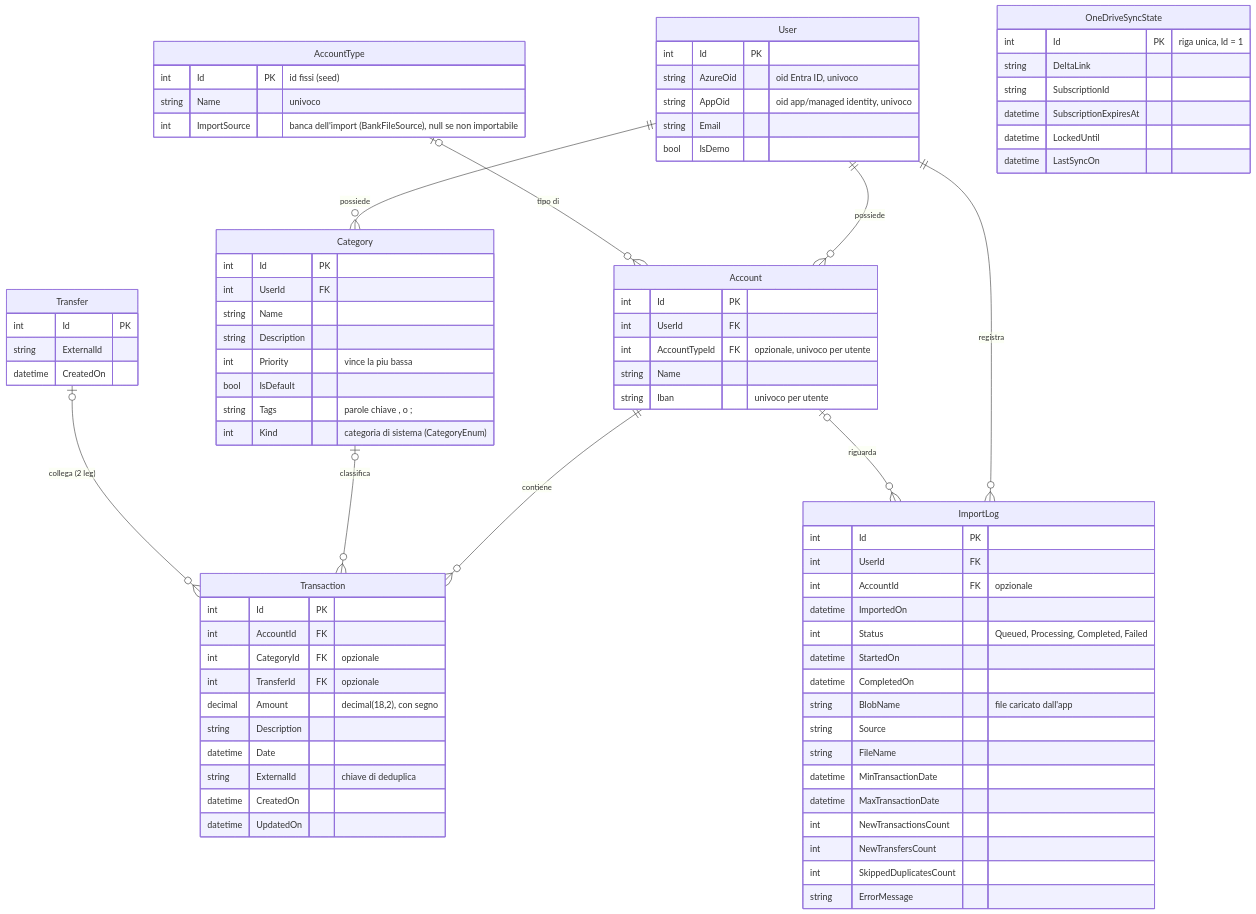
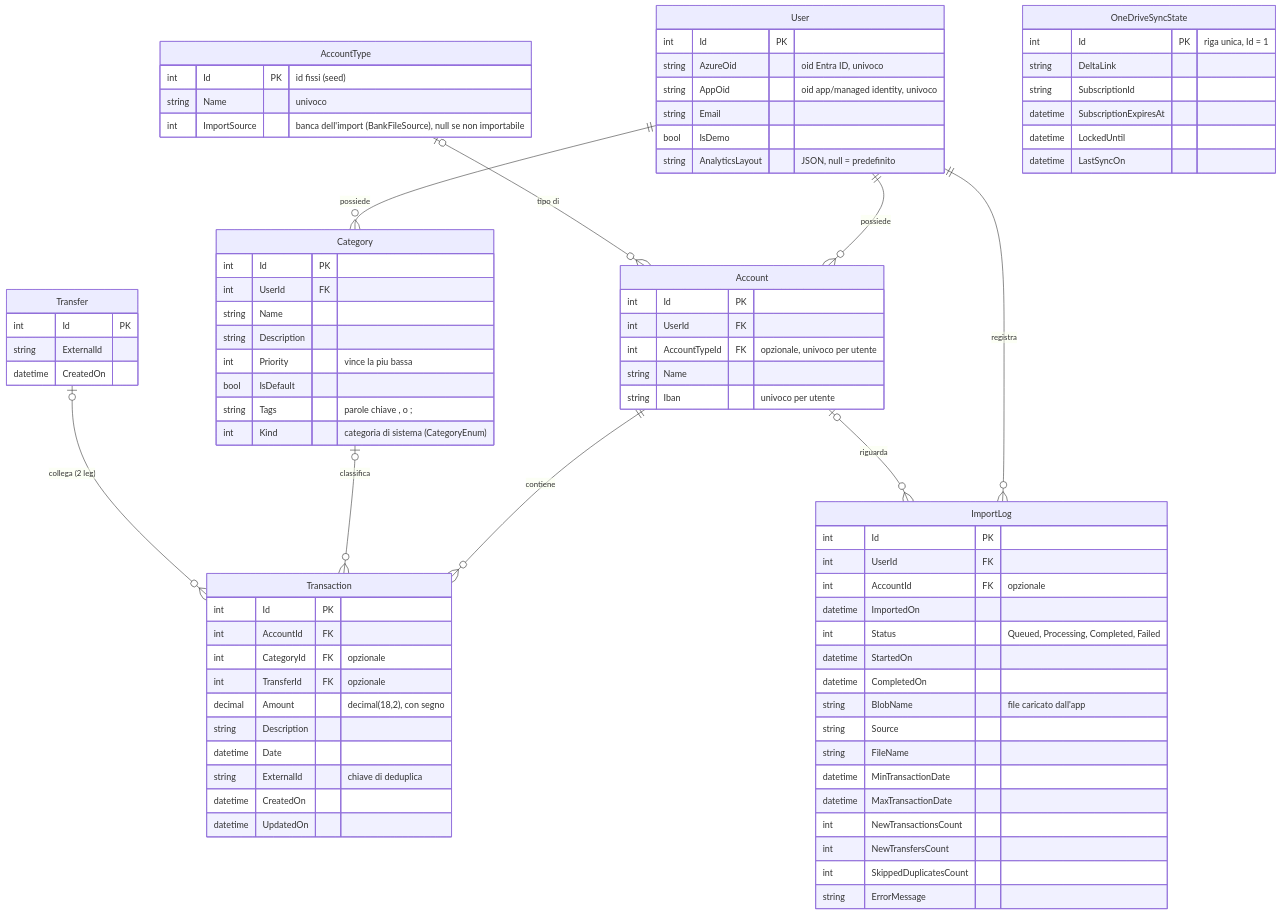
The diagram in docs/04-dati.md (roberto-desalvo/ExpenseTracker.App), drawn with Mermaid before and after one commit. The commit also changed other lines of this file and 29 other files, not shown here.

```diff
--- a/docs/04-dati.md
+++ b/docs/04-dati.md
@@ -21,6 +21,7 @@
         string AppOid "oid app/managed identity, univoco"
         string Email
         bool IsDemo
+        string AnalyticsLayout "JSON, null = predefinito"
     }
     Account {
         int Id PK
```
